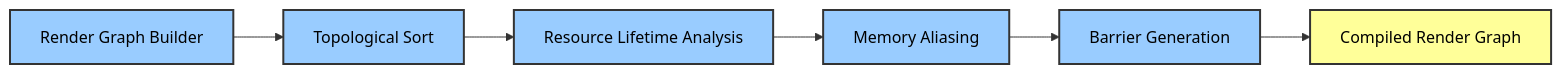
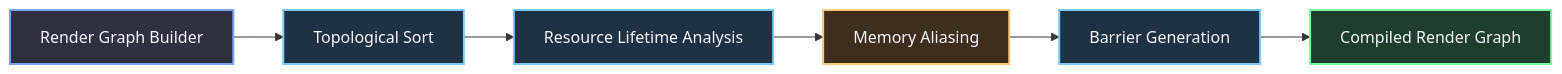
One commit to Astin-A/the-workshop changed the second of 4 diagrams in content/Engine shit/O3DE/Atomic/2 The Render Graph & Scripting Architecture.md. Above: the diagram before and after it, drawn with Mermaid. The commit also changed other lines of this file and 24 other files, not shown here.

````diff
--- a/content/Engine shit/O3DE/Atomic/2 The Render Graph & Scripting Architecture.md
+++ b/content/Engine shit/O3DE/Atomic/2 The Render Graph & Scripting Architecture.md
@@ -192,15 +193,19 @@
 ```mermaid
 graph LR
     A[Render Graph Builder] --> B[Topological Sort]
     B --> C[Resource Lifetime Analysis]
     C --> D[Memory Aliasing]
     D --> E[Barrier Generation]
     E --> F[Compiled Render Graph]
 
-    style A fill:#9cf,stroke:#333,stroke-width:2px,color:#000
-    style B fill:#9cf,stroke:#333,stroke-width:2px,color:#000
-    style C fill:#9cf,stroke:#333,stroke-width:2px,color:#000
-    style D fill:#9cf,stroke:#333,stroke-width:2px,color:#000
-    style E fill:#9cf,stroke:#333,stroke-width:2px,color:#000
-    style F fill:#ff9,stroke:#333,stroke-width:2px,color:#000
+    classDef default fill:#303040,stroke:#7aa2f7,stroke-width:2px,color:#f5f5fa;
+    classDef info fill:#1e3244,stroke:#7ac7f7,stroke-width:2px,color:#f5f5fa;
+    classDef warning fill:#3e2e1e,stroke:#f7c87a,stroke-width:2px,color:#f5f5fa;
+    classDef success fill:#1e3f2e,stroke:#7af7a2,stroke-width:2px,color:#f5f5fa;
+
+    class A default;
+    class B,C info;
+    class D warning;
+    class E info;
+    class F success;
 ```
````
